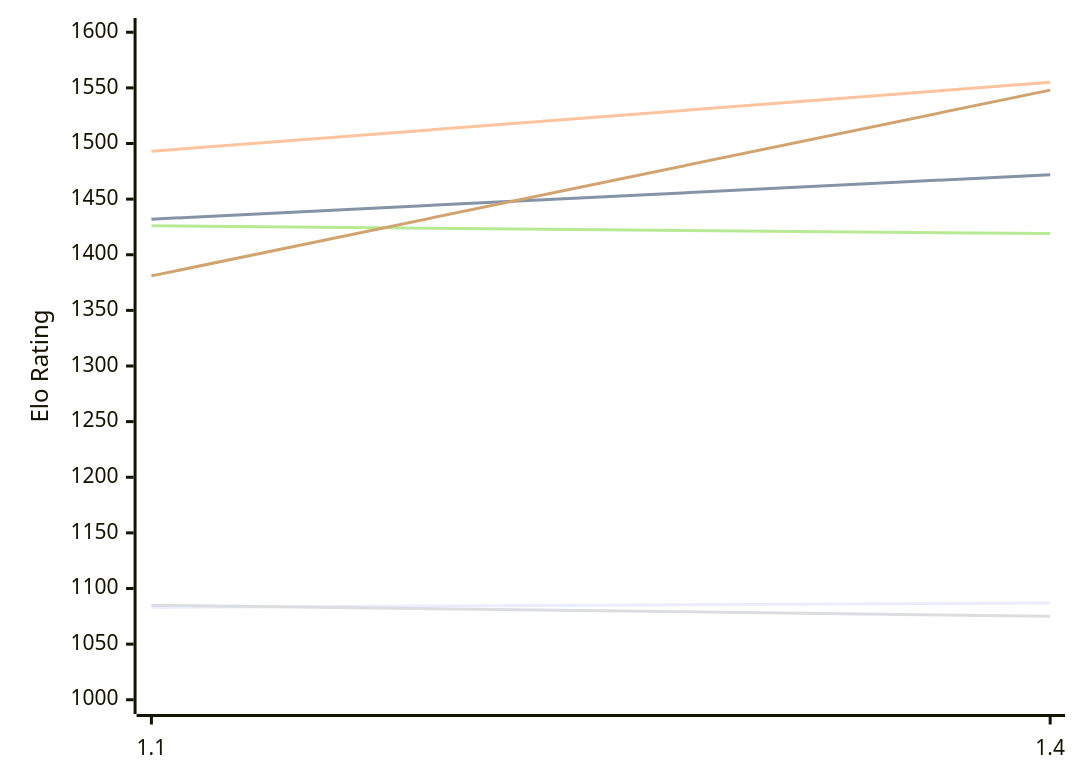
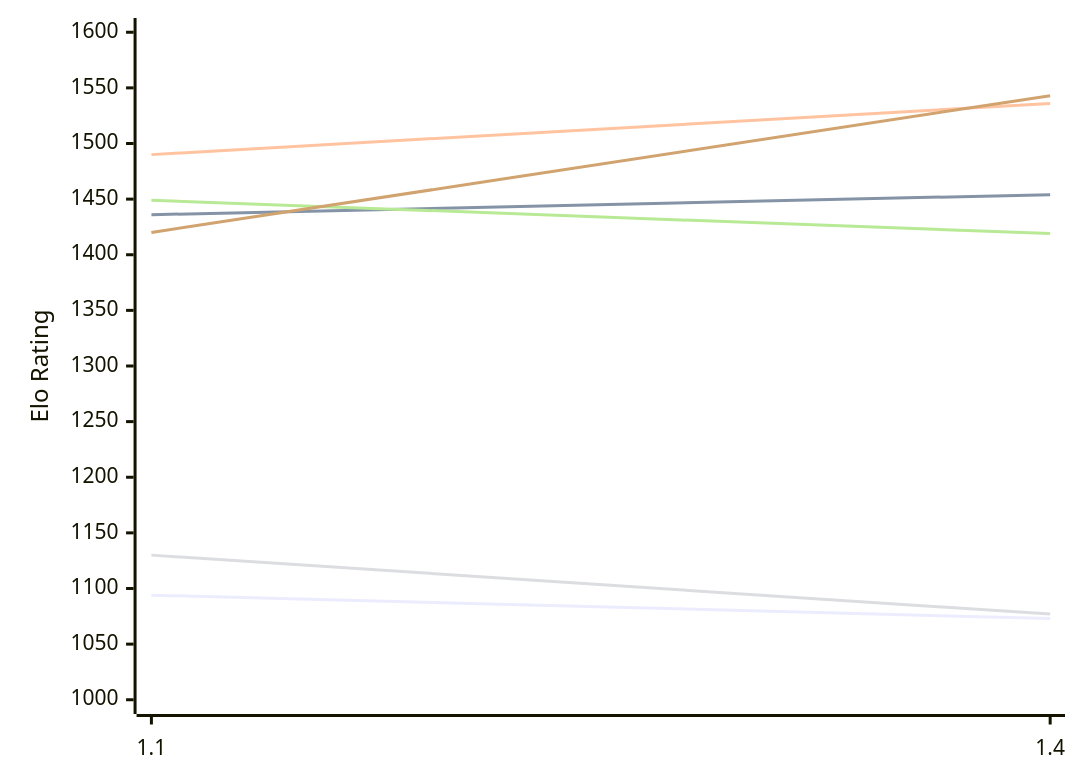
Before and after one commit to computer-chess-index/cci: the first of 2 diagrams in engines/USunfish.md, drawn with Mermaid. The commit also changed other lines of this file, not shown here.

Commit message:
Update CCI Ratings (ELO VLTC) - 2026-11-15

````diff
--- a/engines/USunfish.md
+++ b/engines/USunfish.md
@@ -50,12 +50,12 @@
 ```mermaid
 %%{init: {"theme":"base","themeVariables":{"seriesColors:['#a3a3a3','#222221','#faa371']}}}%%
 xychart-beta
   x-axis ["1.1", "1.4"]
   y-axis "Elo Rating" 1000 --> 1600
-  line "E1: STC (8.0+0.08s)" [1083, 1087]
-  line "E1: LTC (60.0+0.60s)" [1432, 1472]
-  line "E1: VLTC (2m24s+1.12s)" [1493, 1555]
-  line "P1: STC (8.0+0.08s)" [1085, 1075]
-  line "P1: LTC (60.0+0.60s)" [1426, 1419]
-  line "P1: VLTC (2m24s+1.12s)" [1381, 1548]
+  line "E1: STC (8.0+0.08s)" [1094, 1073]
+  line "E1: LTC (60.0+0.60s)" [1436, 1454]
+  line "E1: VLTC (2m24s+1.12s)" [1490, 1536]
+  line "P1: STC (8.0+0.08s)" [1130, 1077]
+  line "P1: LTC (60.0+0.60s)" [1449, 1419]
+  line "P1: VLTC (2m24s+1.12s)" [1420, 1543]
 ```
````
